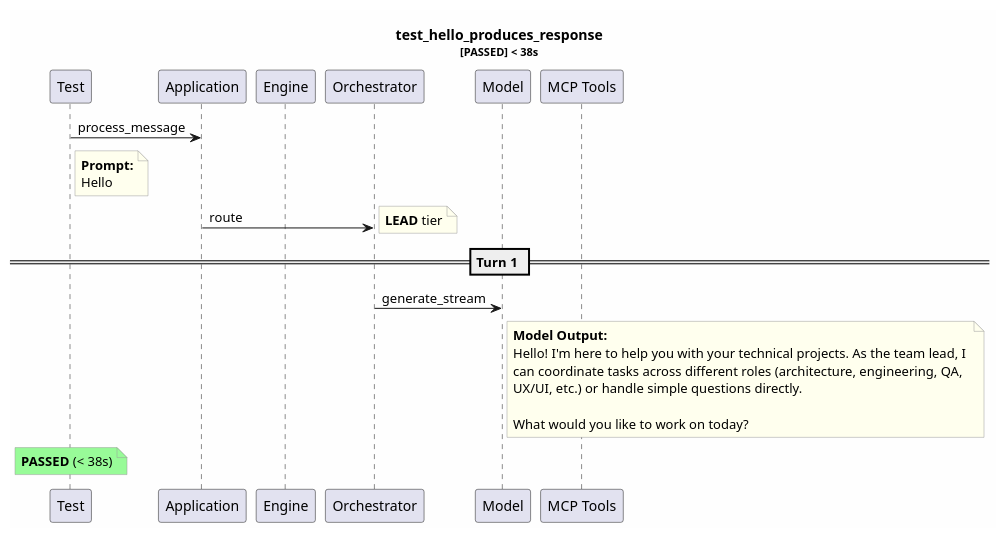
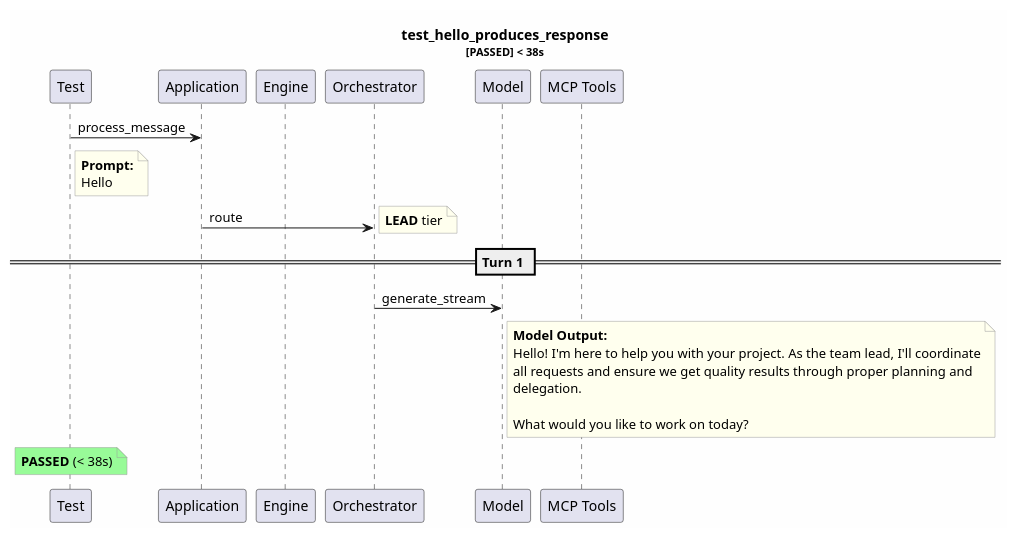
The diagram in test-reports/logs/test_hello_produces_response/test_hello_produces_response.puml (tvanfossen/entropic), drawn with PlantUML before and after one commit. The commit also changed 13 other files, not shown here.

```diff
--- a/test-reports/logs/test_hello_produces_response/test_hello_produces_response.puml
+++ b/test-reports/logs/test_hello_produces_response/test_hello_produces_response.puml
@@ -1,35 +1,35 @@
 @startuml
 skinparam backgroundColor #FEFEFE
 skinparam noteBorderColor #999999
 skinparam noteBackgroundColor #FFFFEE
 title test_hello_produces_response\n<size:11>[PASSED] < 38s</size>
 
 participant "Test" as T
 participant "Application" as App
 participant "Engine" as Eng
 participant "Orchestrator" as Orch
 participant "Model" as Mdl
 participant "MCP Tools" as MCP
 
 T -> App: process_message
 note right of T
   **Prompt:**
   Hello
 end note
 App -> Orch: route
 note right: **LEAD** tier
 == Turn 1 ==
 Orch -> Mdl: generate_stream
 note right of Mdl
   **Model Output:**
-  Hello! I'm here to help you with your technical projects. As the team lead, I 
-  can coordinate tasks across different roles (architecture, engineering, QA, 
-  UX/UI, etc.) or handle simple questions directly.
+  Hello! I'm here to help you with your project. As the team lead, I'll coordinate
+  all requests and ensure we get quality results through proper planning and 
+  delegation. 
   
   What would you like to work on today?
 end note
 note over T #palegreen
   **PASSED** (< 38s)
 end note
 
 @enduml
```
